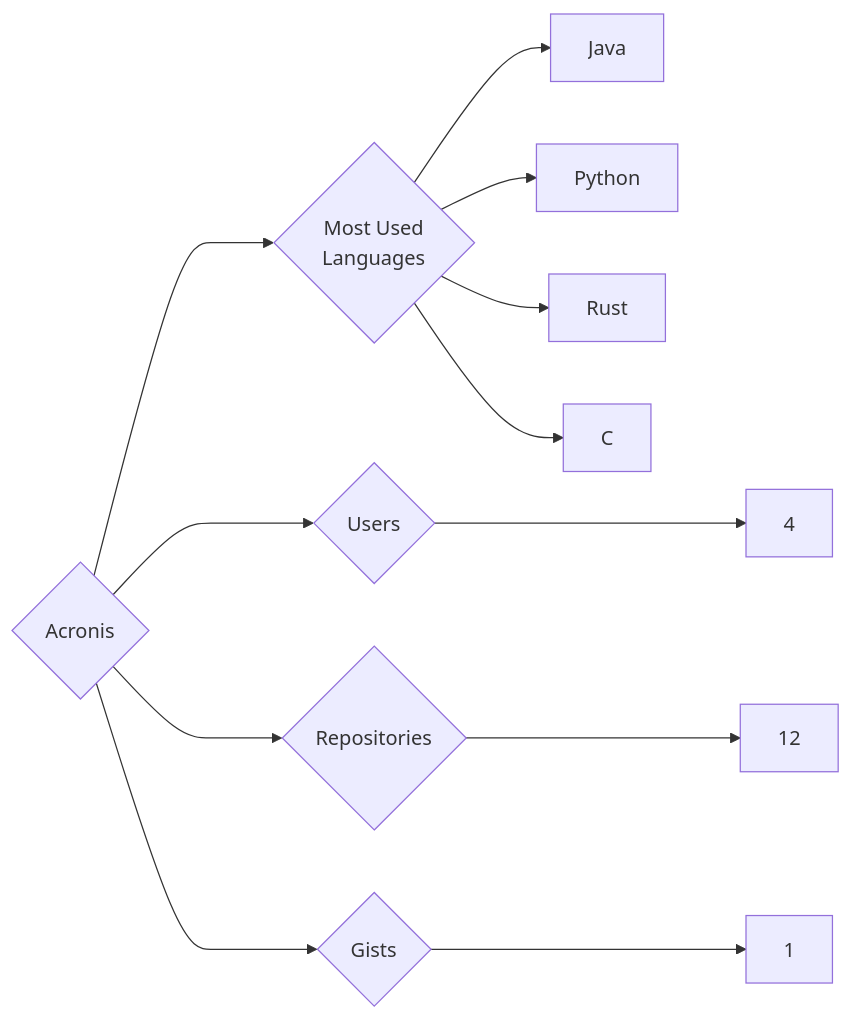
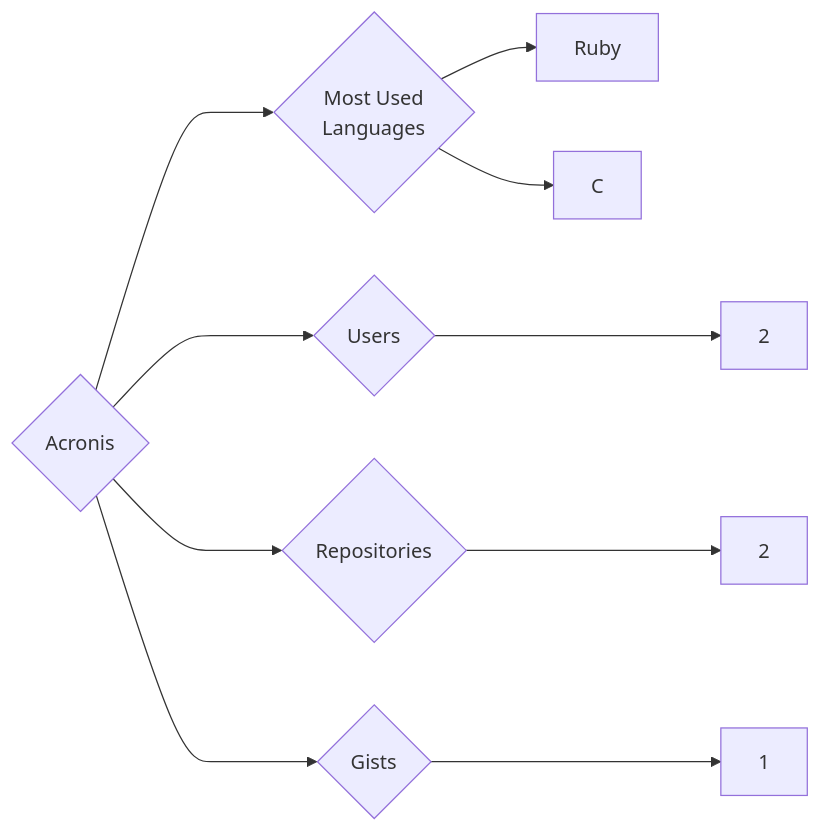
The diagram in targets/Acronis/README.md (trickest/insiders), drawn with Mermaid before and after one commit. The commit also changed 865 other files, not shown here.

````diff
--- a/targets/Acronis/README.md
+++ b/targets/Acronis/README.md
@@ -3,12 +3,10 @@
 ```mermaid
 graph LR
 COMPANY_NAME{Acronis}
-COMPANY_NAME ---> U{Users} ---> UN[4]
-COMPANY_NAME ---> R{Repositories} ---> RN[12]
+COMPANY_NAME ---> U{Users} ---> UN[2]
+COMPANY_NAME ---> R{Repositories} ---> RN[2]
 COMPANY_NAME ---> G{Gists} ---> GN[1]
 COMPANY_NAME ---> ML{Most Used<br>Languages}
-ML --> Java[Java]
-ML --> Python[Python]
-ML --> Rust[Rust]
+ML --> Ruby[Ruby]
 ML --> C[C]
 ```
````
